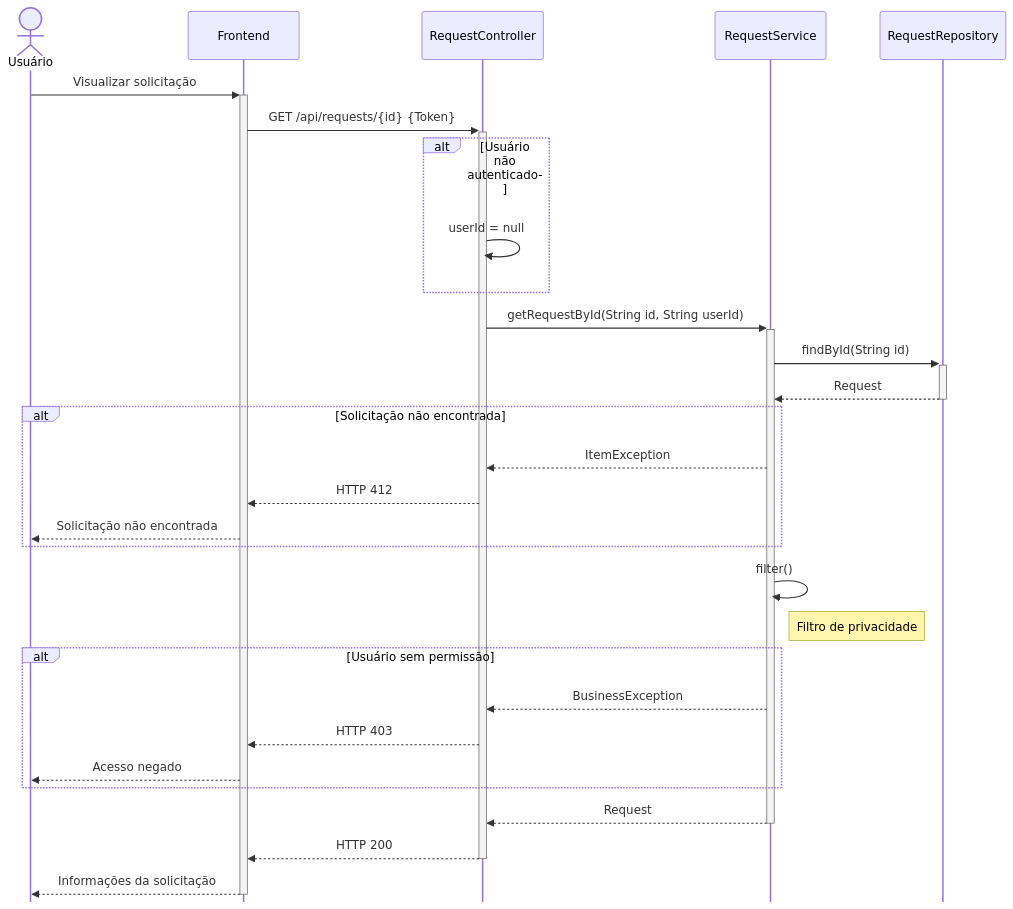
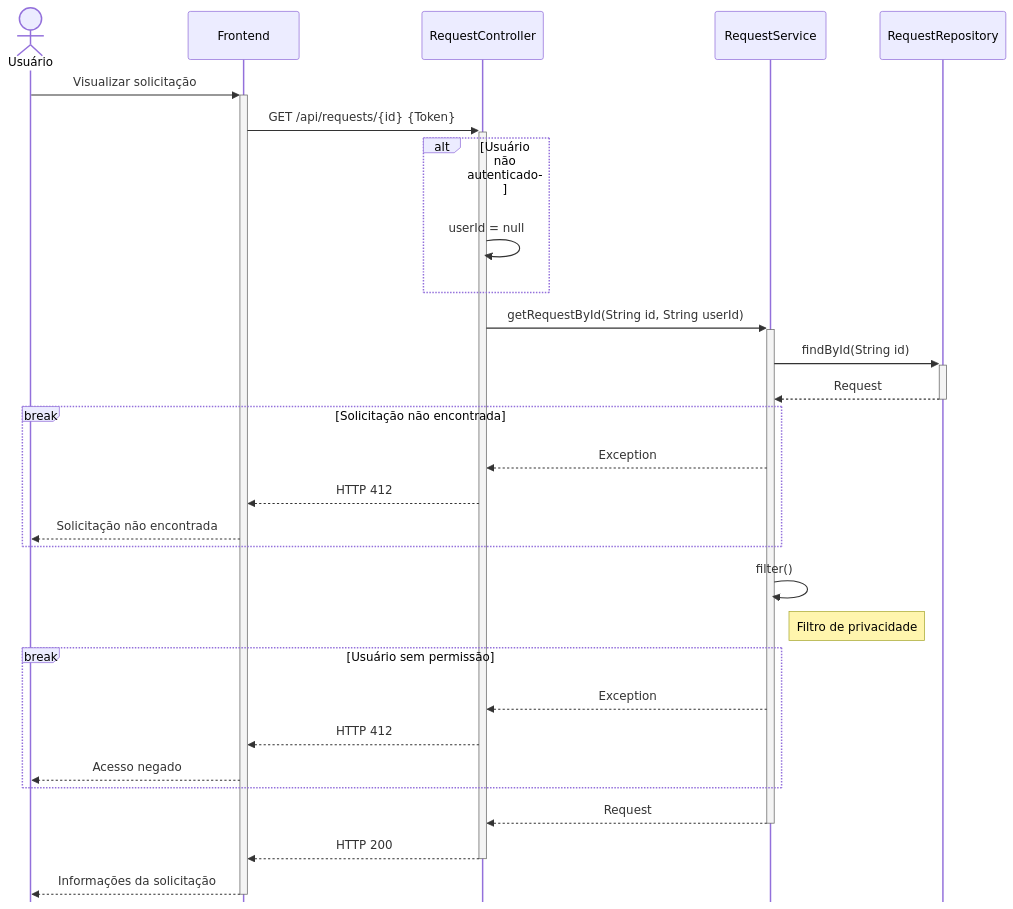
The diagram in docs/Diagramas de Sequência/03 Visualizar solicitação de receita.mmd (feliquisds/cooker-api), drawn with Mermaid before and after one commit. The commit also changed 16 other files, not shown here.

```diff
--- a/docs/Diagramas de Sequência/03 Visualizar solicitação de receita.mmd
+++ b/docs/Diagramas de Sequência/03 Visualizar solicitação de receita.mmd
@@ -1,44 +1,44 @@
 ---
 config:
     mirrorActors: false
 ---
 
 sequenceDiagram
     actor U as Usuário
     participant F as Frontend
     participant C as RequestController
     participant S as RequestService
     participant R as RequestRepository
 
     U->>+F: Visualizar solicitação
     F->>+C: GET /api/requests/{id} {Token}
 
     alt Usuário não autenticado
         C->>C: userId = null
     end
 
     C->>+S: getRequestById(String id, String userId)
     S->>+R: findById(String id)
     R-->>-S: Request
 
-    alt Solicitação não encontrada
-        S-->>C: ItemException
+    break Solicitação não encontrada
+        S-->>C: Exception
         C-->>F: HTTP 412
         F-->>U: Solicitação não encontrada
     end
 
     S->>S: filter()
     Note right of S: Filtro de privacidade
     %% Somente visível caso:
     %% - O usuário é o próprio dono da solicitação
     %% - O usuário é público
 
-    alt Usuário sem permissão
-        S-->>C: BusinessException
-        C-->>F: HTTP 403
+    break Usuário sem permissão
+        S-->>C: Exception
+        C-->>F: HTTP 412
         F-->>U: Acesso negado
     end
 
     S-->>-C: Request
     C-->>-F: HTTP 200
     F-->>-U: Informações da solicitação
```
